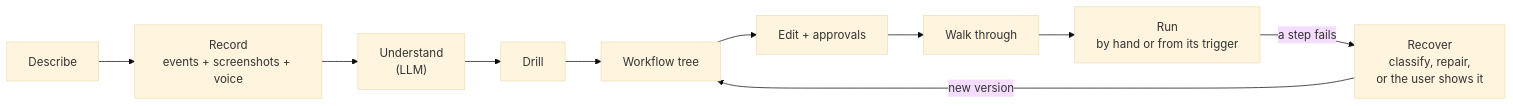
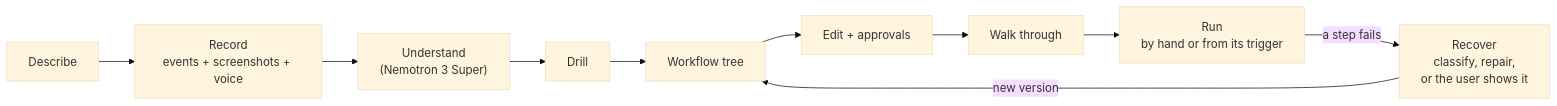
Before and after one commit to Akshat-Soni02/nxn-global-ai-hackathon-personal-agent: the diagram in readme.md, drawn with Mermaid (base theme). The commit also changed other lines of this file, not shown here.

First line of the commit message:
docs(readme): quick start, Nemotron on Token Factory, feedback

````diff
--- a/readme.md
+++ b/readme.md
@@ -43,12 +214,12 @@
 ```mermaid
 flowchart LR
   D["Describe"] --> R["Record<br/>events + screenshots + voice"]
-  R --> U["Understand<br/>(LLM)"]
+  R --> U["Understand<br/>(Nemotron 3 Super)"]
   U --> Q["Drill"]
   Q --> T["Workflow tree"]
   T --> E["Edit + approvals"]
   E --> H["Walk through"]
   H --> P["Run<br/>by hand or from its trigger"]
   P -- "a step fails" --> G["Recover<br/>classify, repair,<br/>or the user shows it"]
   G -- "new version" --> T
 ```
````
